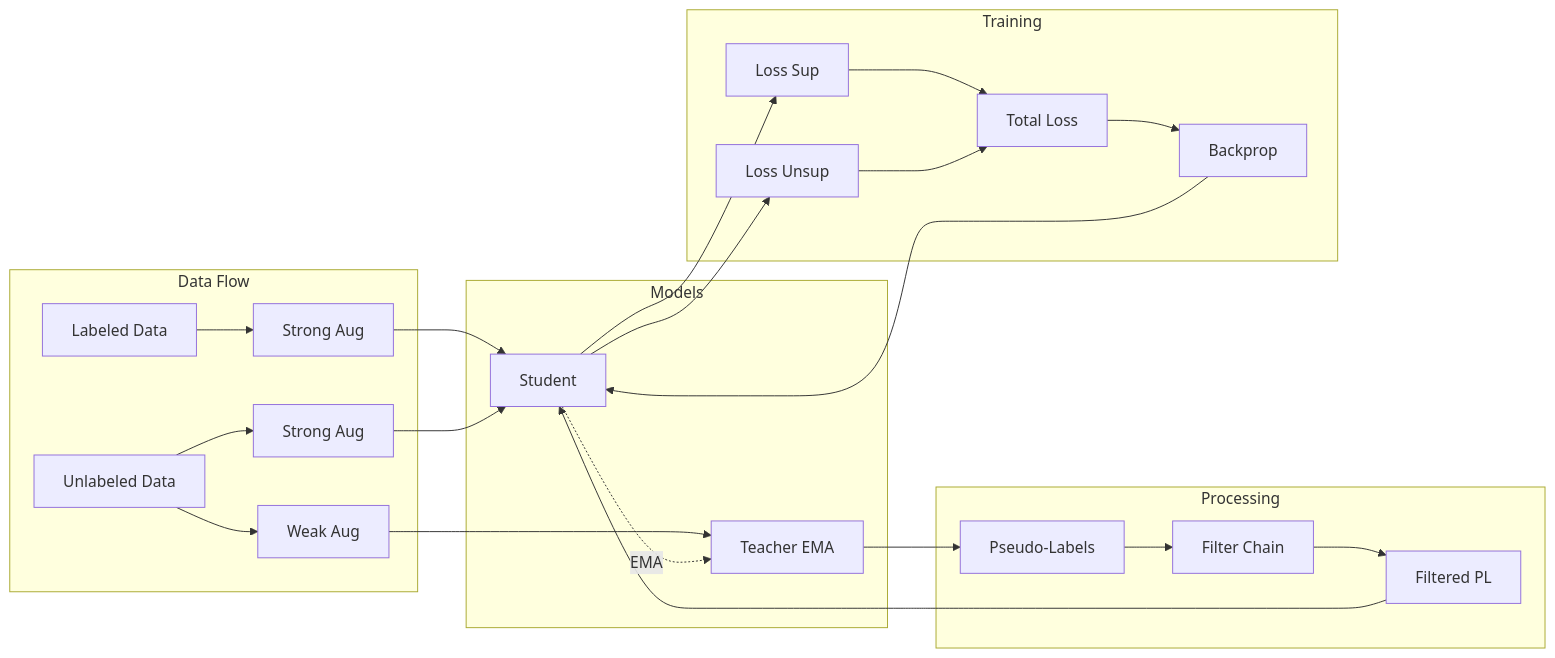
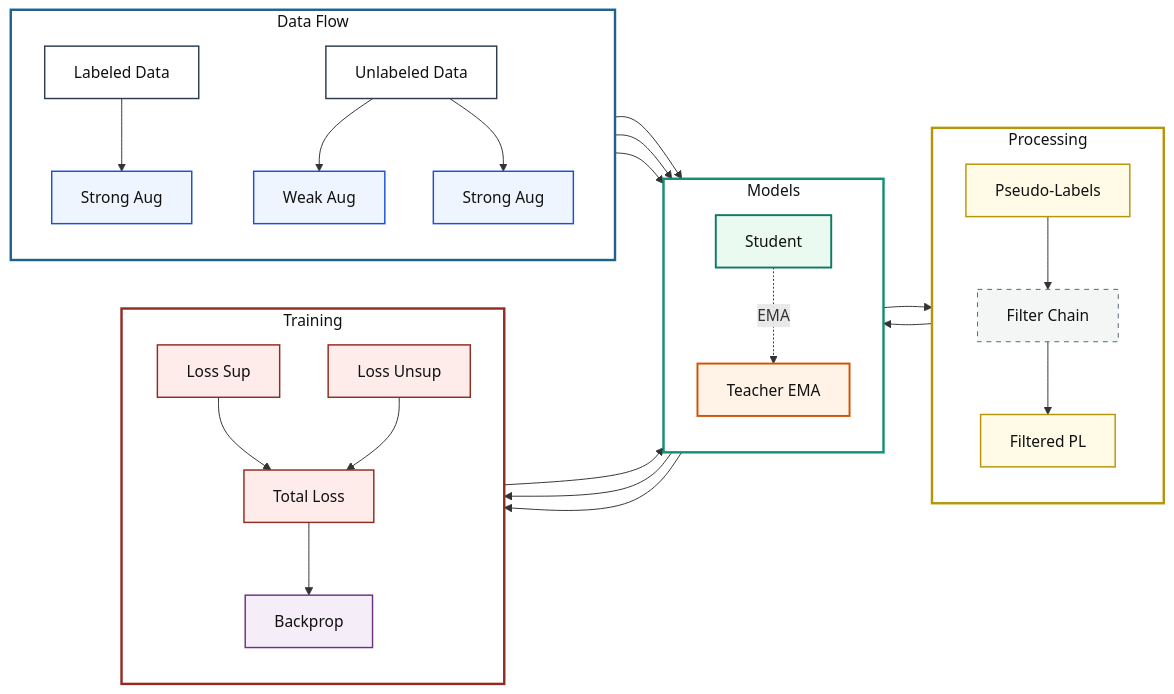
Before and after one commit to tongduydat2/semi-yolo: the diagram in readme.md, drawn with Mermaid.

Commit message:
update paradigm

````diff
--- a/readme.md
+++ b/readme.md
@@ -13,31 +13,57 @@
 ```mermaid
 graph LR
-    subgraph "Data Flow"
-        L[Labeled Data] --> SL[Strong Aug]
-        U[Unlabeled Data] --> WA[Weak Aug]
-        U --> SA[Strong Aug]
+    %% ================= DATA FLOW =================
+    subgraph DF["Data Flow"]
+        direction TB
+        L[Labeled Data]:::data --> SL[Strong Aug]:::aug
+        U[Unlabeled Data]:::data --> WA[Weak Aug]:::aug
+        U --> SA[Strong Aug]:::aug
     end
-    
-    subgraph "Models"
-        T[Teacher EMA]
-        S[Student]
+
+    %% ================= MODELS =================
+    subgraph M["Models"]
+        direction TB
+        T[Teacher EMA]:::teacher
+        S[Student]:::student
     end
-    
-    subgraph "Processing"
+
+    %% ================= PROCESSING =================
+    subgraph P["Processing"]
+        direction TB
         WA --> T
-        T --> PL[Pseudo-Labels]
-        PL --> FC[Filter Chain]
-        FC --> FPL[Filtered PL]
+        T --> PL[Pseudo-Labels]:::pseudo
+        PL --> FC[Filter Chain]:::filter
+        FC --> FPL[Filtered PL]:::pseudo
     end
-    
-    subgraph "Training"
-        SL --> S --> LS[Loss Sup]
+
+    %% ================= TRAINING =================
+    subgraph TR["Training"]
+        direction TB
+        SL --> S --> LS[Loss Sup]:::loss
         FPL --> S
-        SA --> S --> LU[Loss Unsup]
-        LS --> TL[Total Loss]
+        SA --> S --> LU[Loss Unsup]:::loss
+        LS --> TL[Total Loss]:::loss
         LU --> TL
-        TL --> BP[Backprop]
+        TL --> BP[Backprop]:::bp
         BP --> S
         S -.->|EMA| T
     end
+
+    %% ================= NODE STYLES =================
+    classDef data fill:#ffffff,stroke:#2c3e50,stroke-width:1.5px,color:#111
+    classDef aug fill:#eef5ff,stroke:#1f4fd8,stroke-width:1.5px,color:#111
+    classDef teacher fill:#fff2e6,stroke:#d35400,stroke-width:2px,color:#111
+    classDef student fill:#eafaf1,stroke:#117a65,stroke-width:2px,color:#111
+    classDef pseudo fill:#fffbe6,stroke:#b7950b,stroke-width:1.5px,color:#111
+    classDef filter fill:#f4f6f6,stroke:#566573,stroke-dasharray: 5 5,color:#111
+    classDef loss fill:#fdecea,stroke:#922b21,stroke-width:1.5px,color:#111
+    classDef bp fill:#f5eef8,stroke:#6c3483,stroke-width:1.5px,color:#111
+
+    %% ================= SUBGRAPH STYLES =================
+    style DF fill:#ffffff,stroke:#1f618d,stroke-width:2.5px,color:#111
+    style M  fill:#ffffff,stroke:#148f77,stroke-width:2.5px,color:#111
+    style P  fill:#ffffff,stroke:#b7950b,stroke-width:2.5px,color:#111
+    style TR fill:#ffffff,stroke:#922b21,stroke-width:2.5px,color:#111
+
+
 ```
````
